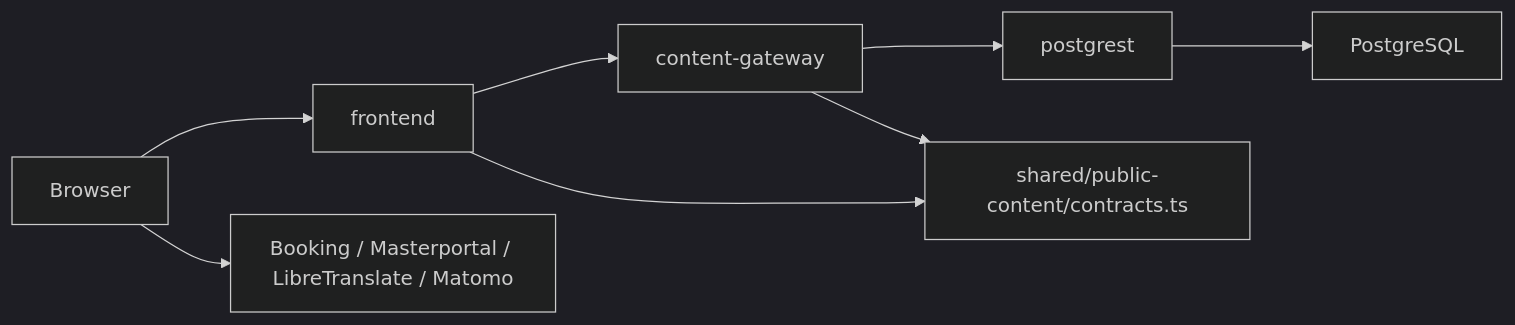
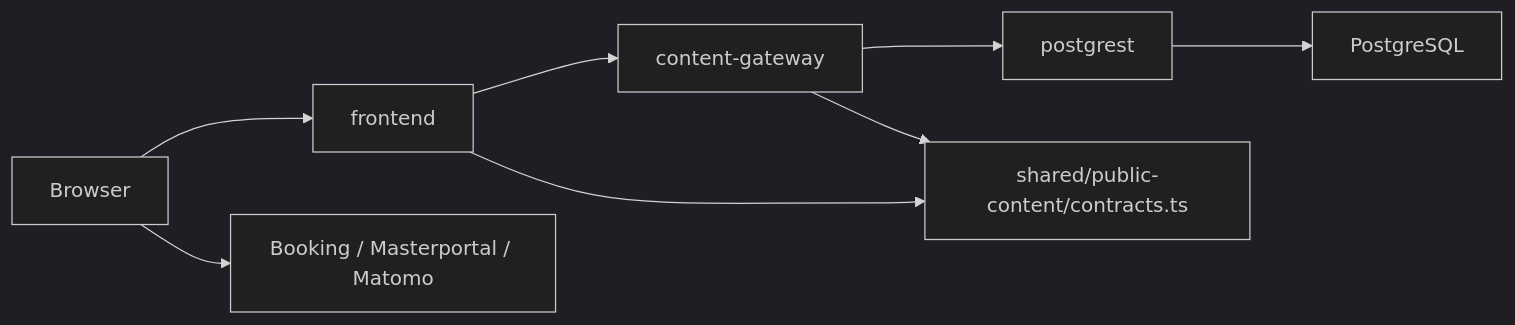
The second of 5 diagrams in docs/arc42.md (smart-village-solutions/guben-cockpit-old), drawn with Mermaid (dark theme) before and after one commit. The commit also changed other lines of this file and 20 other files, not shown here.

````diff
--- a/docs/arc42.md
+++ b/docs/arc42.md
@@ -126,10 +126,10 @@
 ```mermaid
 flowchart LR
   Browser --> Frontend["frontend"]
   Frontend --> Gateway["content-gateway"]
   Gateway --> PostgREST["postgrest"]
   PostgREST --> DB["PostgreSQL"]
   Frontend --> Shared["shared/public-content/contracts.ts"]
   Gateway --> Shared
-  Browser --> External["Booking / Masterportal / LibreTranslate / Matomo"]
+  Browser --> External["Booking / Masterportal / Matomo"]
 ```
````
